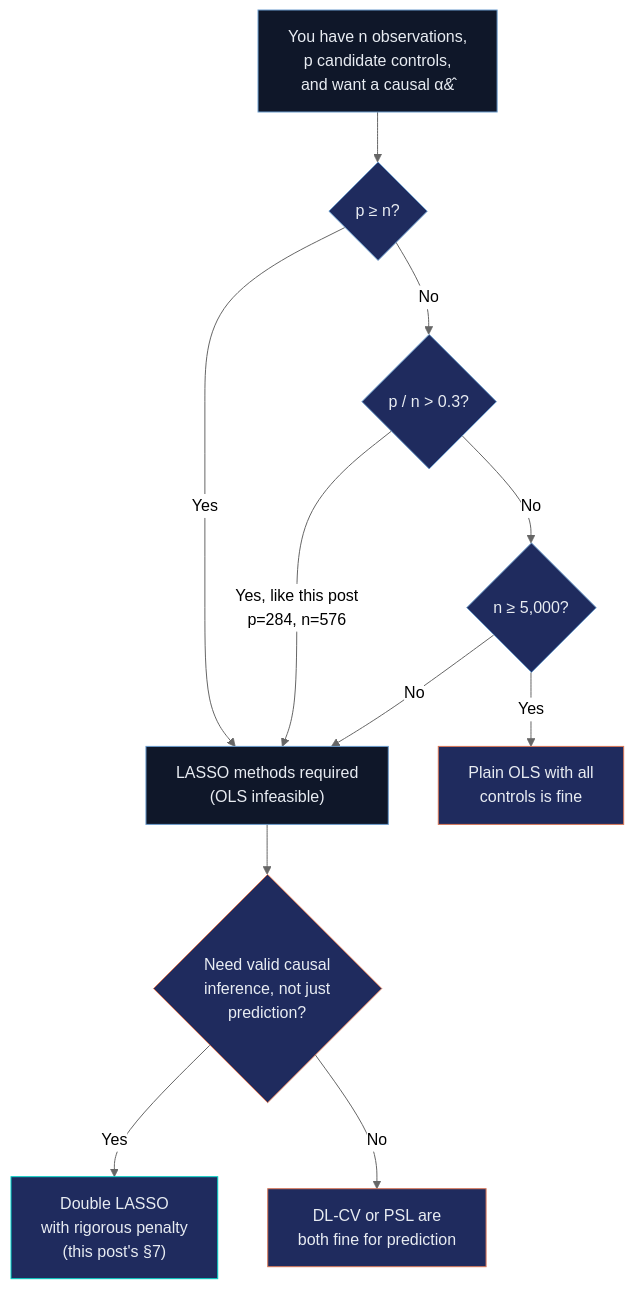
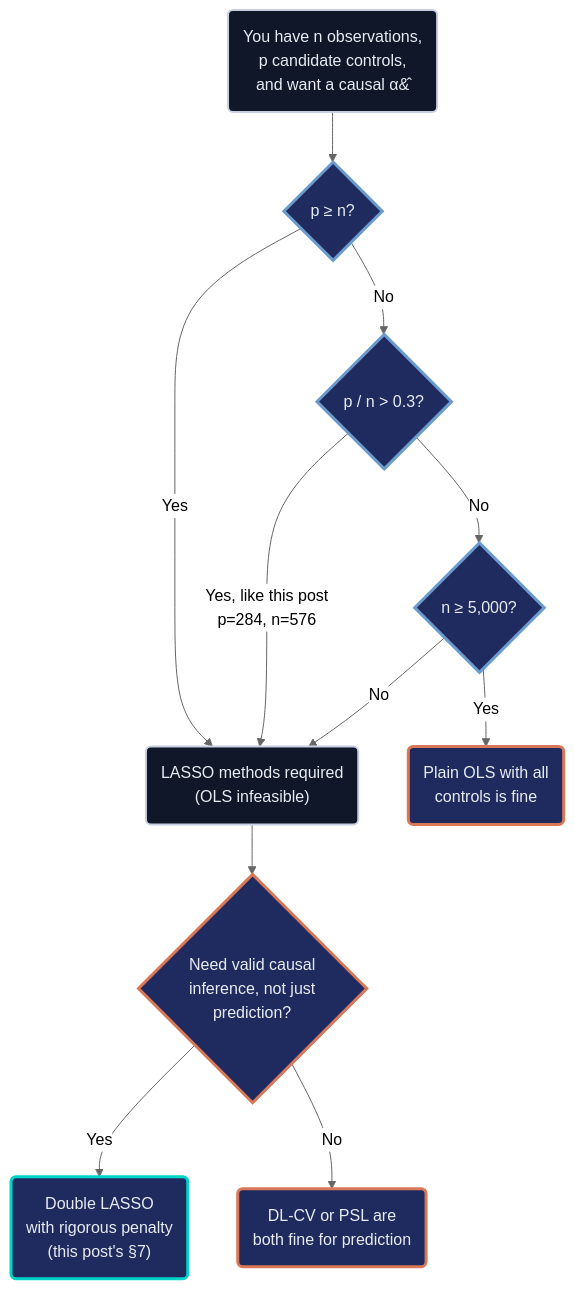
Before and after one commit to cmg777/starter-academic-v501: the second of 2 diagrams in content/post/r_double_lasso/tutorial.qmd, drawn with Mermaid (neutral theme). The commit also changed other lines of this file and 42 other files, not shown here.

First line of the commit message:
content(mermaid): restyle Mermaid copies in tutorial sources and the LaLonde slide deck

````diff
--- a/content/post/r_double_lasso/tutorial.qmd
+++ b/content/post/r_double_lasso/tutorial.qmd
@@ -959,22 +958,21 @@
 ```{mermaid}
 flowchart TD
-    Start["You have n observations,<br/>p candidate controls,<br/>and want a causal &alpha;&#770;"] --> Q1{"p &ge; n?"}
-    Q1 -->|Yes| L["LASSO methods required<br/>(OLS infeasible)"]
+    Start("You have n observations,<br/>p candidate controls,<br/>and want a causal &alpha;&#770;") --> Q1{"p &ge; n?"}
+    Q1 -->|Yes| L("LASSO methods required<br/>(OLS infeasible)")
     Q1 -->|No| Q2{"p / n &gt; 0.3?"}
     Q2 -->|Yes, like this post<br/>p=284, n=576| L
     Q2 -->|No| Q3{"n &ge; 5,000?"}
-    Q3 -->|Yes| O["Plain OLS with all<br/>controls is fine"]
+    Q3 -->|Yes| O("Plain OLS with all<br/>controls is fine")
     Q3 -->|No| L
     L --> Q4{"Need valid causal<br/>inference, not just<br/>prediction?"}
-    Q4 -->|Yes| DL["Double LASSO<br/>with rigorous penalty<br/>(this post's &sect;7)"]
-    Q4 -->|No| Pred["DL-CV or PSL are<br/>both fine for prediction"]
-    style Start fill:#0f1729,stroke:#6a9bcc,color:#e8ecf2
-    style DL fill:#1f2b5e,stroke:#00d4c8,color:#e8ecf2
-    style Pred fill:#1f2b5e,stroke:#d97757,color:#e8ecf2
-    style O fill:#1f2b5e,stroke:#d97757,color:#e8ecf2
-    style L fill:#0f1729,stroke:#6a9bcc,color:#e8ecf2
-    style Q1 fill:#1f2b5e,stroke:#6a9bcc,color:#e8ecf2
-    style Q2 fill:#1f2b5e,stroke:#6a9bcc,color:#e8ecf2
-    style Q3 fill:#1f2b5e,stroke:#6a9bcc,color:#e8ecf2
-    style Q4 fill:#1f2b5e,stroke:#d97757,color:#e8ecf2
+    Q4 -->|Yes| DL("Double LASSO<br/>with rigorous penalty<br/>(this post's &sect;7)")
+    Q4 -->|No| Pred("DL-CV or PSL are<br/>both fine for prediction")
+    classDef anchor fill:#0f1729,stroke:#c8d0e0,stroke-width:2px,color:#e8ecf2
+    classDef blue fill:#1f2b5e,stroke:#6a9bcc,stroke-width:3px,color:#e8ecf2
+    classDef orange fill:#1f2b5e,stroke:#d97757,stroke-width:3px,color:#e8ecf2
+    classDef teal fill:#1f2b5e,stroke:#00d4c8,stroke-width:3px,color:#e8ecf2
+    class Start,L anchor
+    class Q1,Q2,Q3 blue
+    class O,Q4,Pred orange
+    class DL teal
 ```
````
